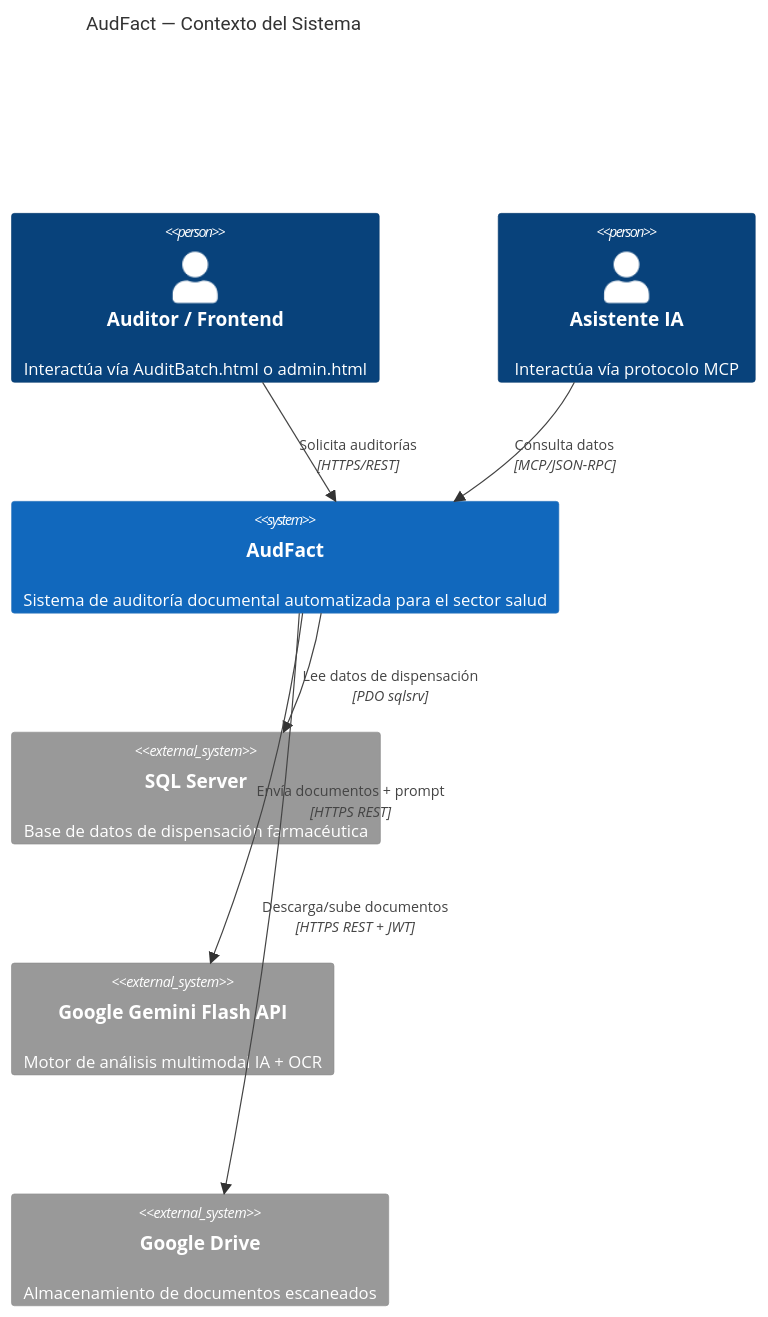
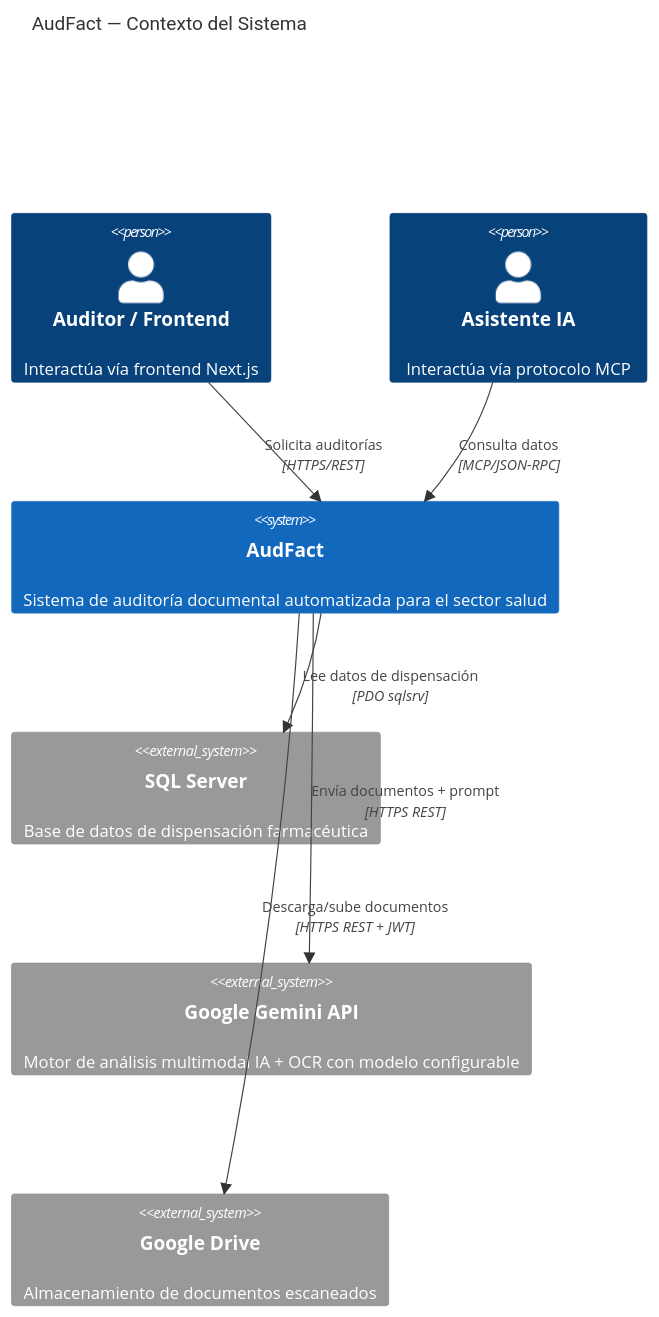
One commit to jfrem/AudFact changed the first of 4 diagrams in plans/architecture-diagrams.md. Above: the diagram before and after it, drawn with Mermaid. The commit also changed other lines of this file and 33 other files, not shown here.

````diff
--- a/plans/architecture-diagrams.md
+++ b/plans/architecture-diagrams.md
@@ -5,19 +5,19 @@
 ```mermaid
 C4Context
     title AudFact — Contexto del Sistema
 
-    Person(auditor, "Auditor / Frontend", "Interactúa vía AuditBatch.html o admin.html")
+    Person(auditor, "Auditor / Frontend", "Interactúa vía frontend Next.js")
     Person(aiAssistant, "Asistente IA", "Interactúa vía protocolo MCP")
 
     System(audfact, "AudFact", "Sistema de auditoría documental automatizada para el sector salud")
 
     System_Ext(sqlserver, "SQL Server", "Base de datos de dispensación farmacéutica")
-    System_Ext(gemini, "Google Gemini Flash API", "Motor de análisis multimodal IA + OCR")
+    System_Ext(gemini, "Google Gemini API", "Motor de análisis multimodal IA + OCR con modelo configurable")
     System_Ext(gdrive, "Google Drive", "Almacenamiento de documentos escaneados")
 
     Rel(auditor, audfact, "Solicita auditorías", "HTTPS/REST")
     Rel(aiAssistant, audfact, "Consulta datos", "MCP/JSON-RPC")
     Rel(audfact, sqlserver, "Lee datos de dispensación", "PDO sqlsrv")
     Rel(audfact, gemini, "Envía documentos + prompt", "HTTPS REST")
     Rel(audfact, gdrive, "Descarga/sube documentos", "HTTPS REST + JWT")
 ```
````
